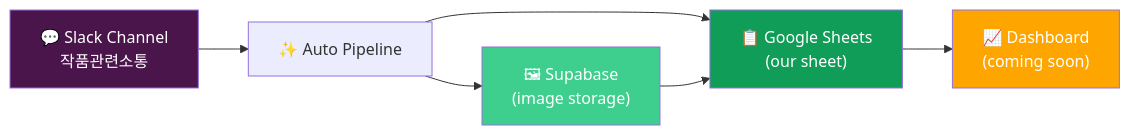
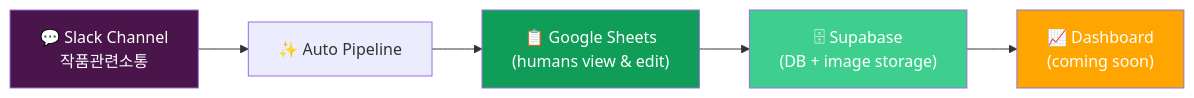
One commit to chonghlee-cmyk/slack_messages changed the first of 5 diagrams in ARCHITECTURE.en.md. Above: the diagram before and after it, drawn with Mermaid. The commit also changed other lines of this file and 1 other file, not shown here.

Commit message:
Fix architecture: Sheets -> Supabase -> Dashboard

````diff
--- a/ARCHITECTURE.en.md
+++ b/ARCHITECTURE.en.md
@@ -24,13 +24,12 @@
 ```mermaid
 flowchart LR
     A["💬 Slack Channel<br/>작품관련소통"] --> B["✨ Auto Pipeline"]
-    B --> C["📋 Google Sheets<br/>(our sheet)"]
-    B --> D["🖼 Supabase<br/>(image storage)"]
-    D --> C
-    C --> E["📈 Dashboard<br/>(coming soon)"]
+    B --> C["📋 Google Sheets<br/>(humans view & edit)"]
+    C --> D["🗄 Supabase<br/>(DB + image storage)"]
+    D --> E["📈 Dashboard<br/>(coming soon)"]
 
     style A fill:#4A154B,color:#fff
     style C fill:#0F9D58,color:#fff
     style D fill:#3ECF8E,color:#fff
     style E fill:#FFA500,color:#fff
 ```
````
